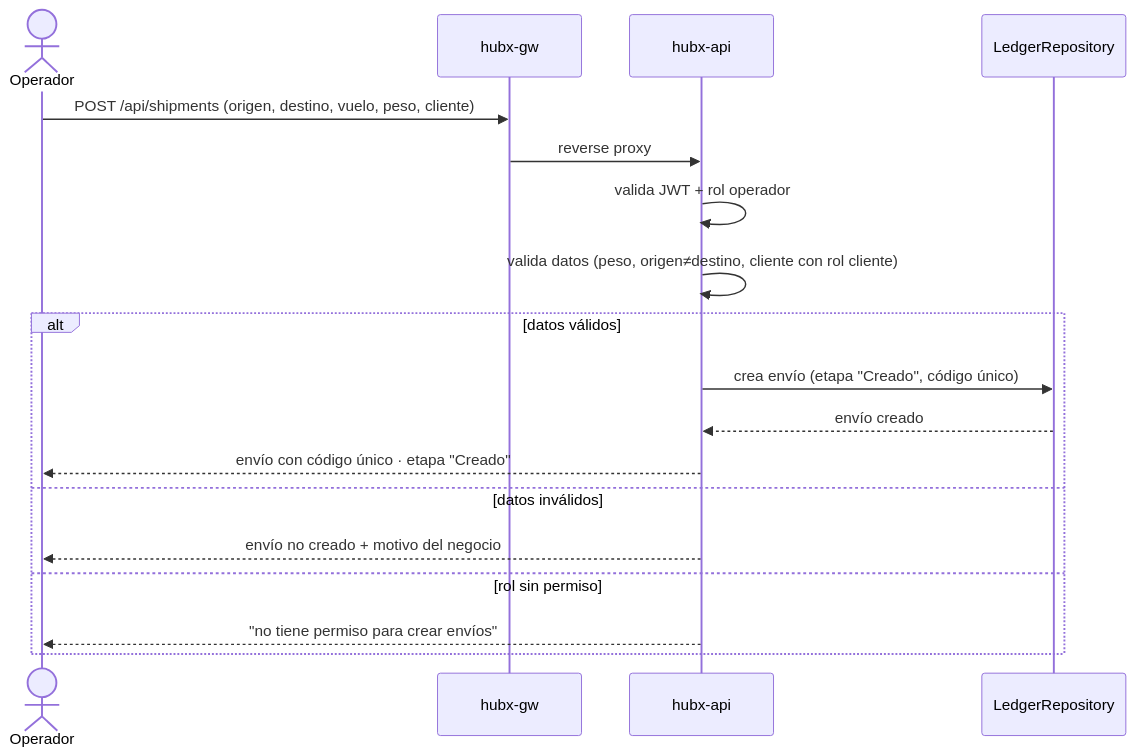
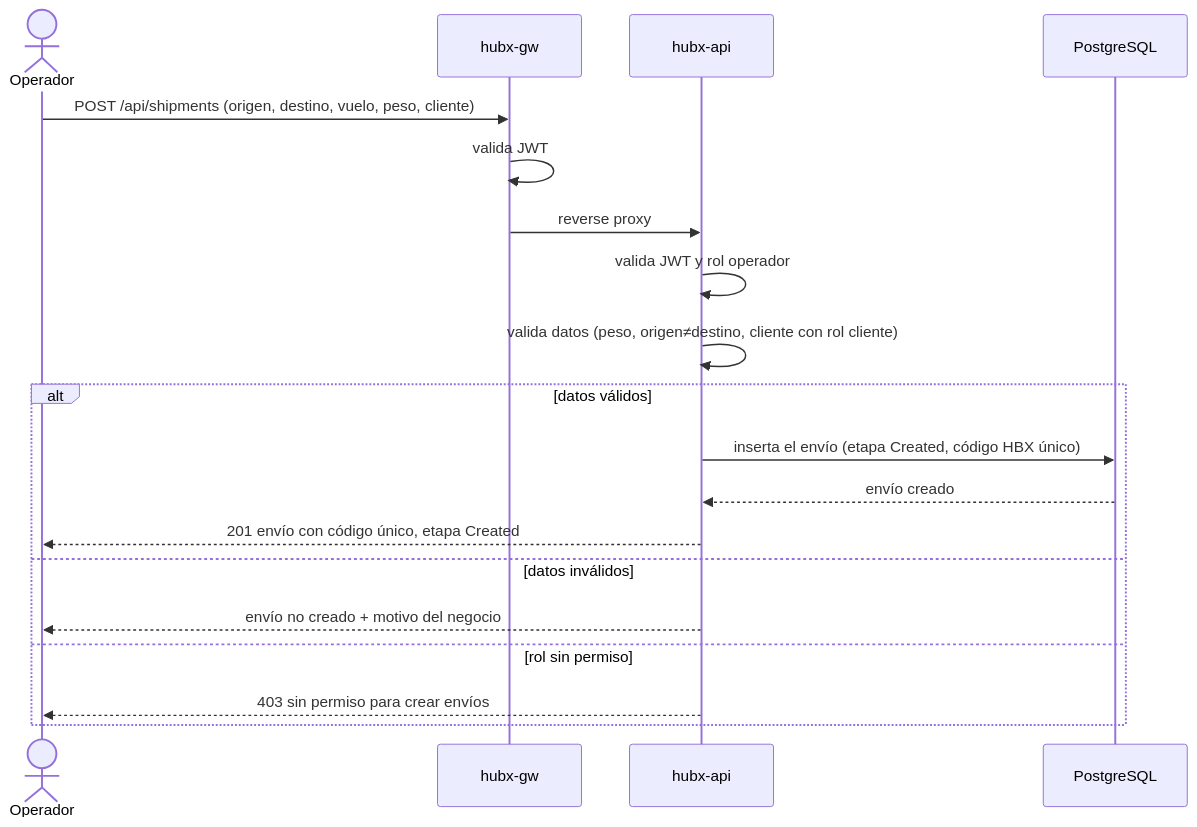
The second of 6 diagrams in docs/diagramas/04-flujos-aplicacion.md (JairoHGomezCastillo/hubx), drawn with Mermaid before and after one commit. The commit also changed other lines of this file and 6 other files, not shown here.

Commit message:
[agent:hubx-lead] 011 update docs/diagramas to the current state

````diff
--- a/docs/diagramas/04-flujos-aplicacion.md
+++ b/docs/diagramas/04-flujos-aplicacion.md
@@ -36,21 +44,22 @@
 ```mermaid
 sequenceDiagram
     actor OP as Operador
     participant GW as hubx-gw
     participant API as hubx-api
-    participant LR as LedgerRepository
+    participant DB as PostgreSQL
 
     OP->>GW: POST /api/shipments (origen, destino, vuelo, peso, cliente)
+    GW->>GW: valida JWT
     GW->>API: reverse proxy
-    API->>API: valida JWT + rol operador
+    API->>API: valida JWT y rol operador
     API->>API: valida datos (peso, origen≠destino, cliente con rol cliente)
     alt datos válidos
-        API->>LR: crea envío (etapa "Creado", código único)
-        LR-->>API: envío creado
-        API-->>OP: envío con código único · etapa "Creado"
+        API->>DB: inserta el envío (etapa Created, código HBX único)
+        DB-->>API: envío creado
+        API-->>OP: 201 envío con código único, etapa Created
     else datos inválidos
         API-->>OP: envío no creado + motivo del negocio
     else rol sin permiso
-        API-->>OP: "no tiene permiso para crear envíos"
+        API-->>OP: 403 sin permiso para crear envíos
     end
 ```
````
